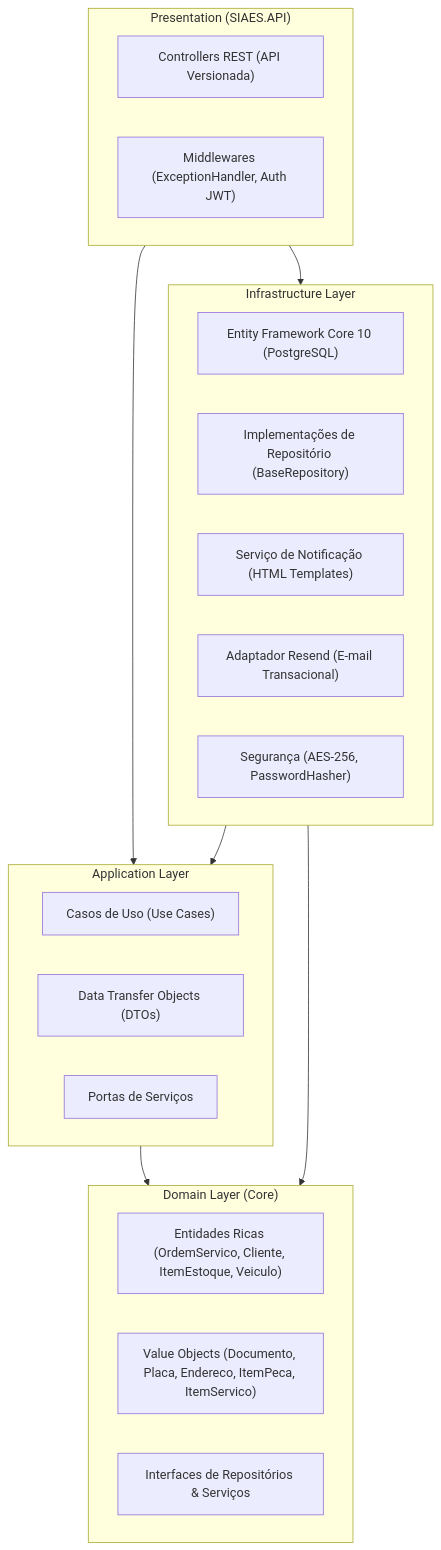
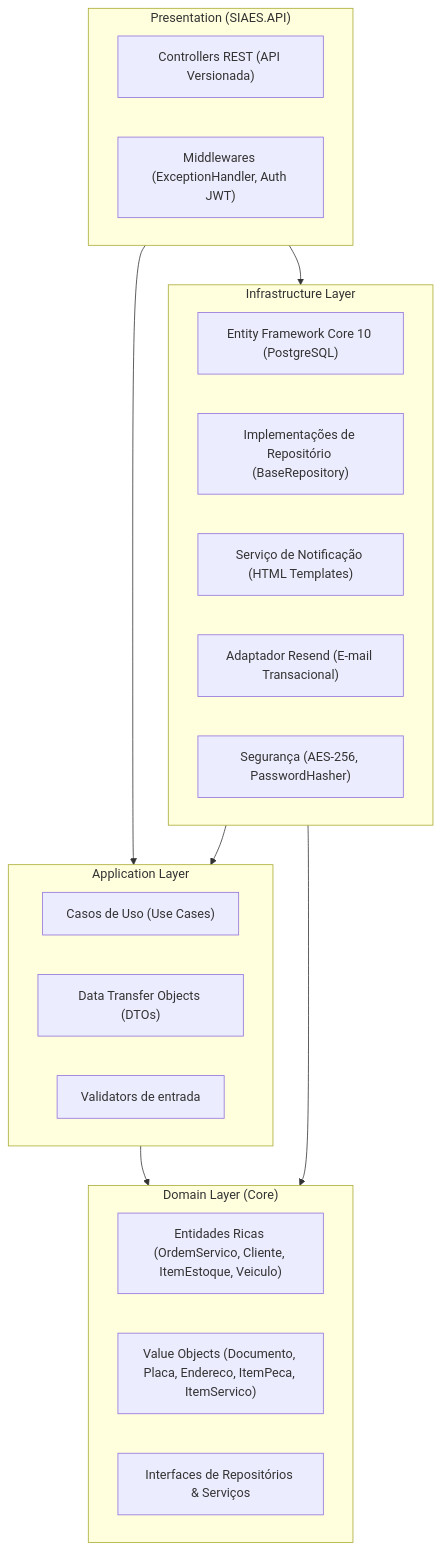
The second of 2 diagrams in README.md (marcoswferreira/18SOAT_TechChallenge), drawn with Mermaid before and after one commit. The commit also changed other lines of this file and 23 other files, not shown here.

````diff
--- a/README.md
+++ b/README.md
@@ -97,33 +99,33 @@
 ```mermaid
 graph TD
     subgraph Presentation ["Presentation (SIAES.API)"]
         Controllers["Controllers REST (API Versionada)"]
         Middlewares["Middlewares (ExceptionHandler, Auth JWT)"]
     end
 
     subgraph Application ["Application Layer"]
         UseCases["Casos de Uso (Use Cases)"]
         DTOs["Data Transfer Objects (DTOs)"]
-        AppInterfaces["Portas de Serviços"]
+        Validators["Validators de entrada"]
     end
 
     subgraph Domain ["Domain Layer (Core)"]
         Entities["Entidades Ricas (OrdemServico, Cliente, ItemEstoque, Veiculo)"]
         ValueObjects["Value Objects (Documento, Placa, Endereco, ItemPeca, ItemServico)"]
         DomainInterfaces["Interfaces de Repositórios & Serviços"]
     end
 
     subgraph Infrastructure ["Infrastructure Layer"]
         EFCore["Entity Framework Core 10 (PostgreSQL)"]
         Repositories["Implementações de Repositório (BaseRepository)"]
         NotificationService["Serviço de Notificação (HTML Templates)"]
         ResendAdapter["Adaptador Resend (E-mail Transacional)"]
         Security["Segurança (AES-256, PasswordHasher)"]
     end
 
     Presentation --> Application
     Presentation --> Infrastructure
     Application --> Domain
     Infrastructure --> Domain
     Infrastructure --> Application
 ```
````
